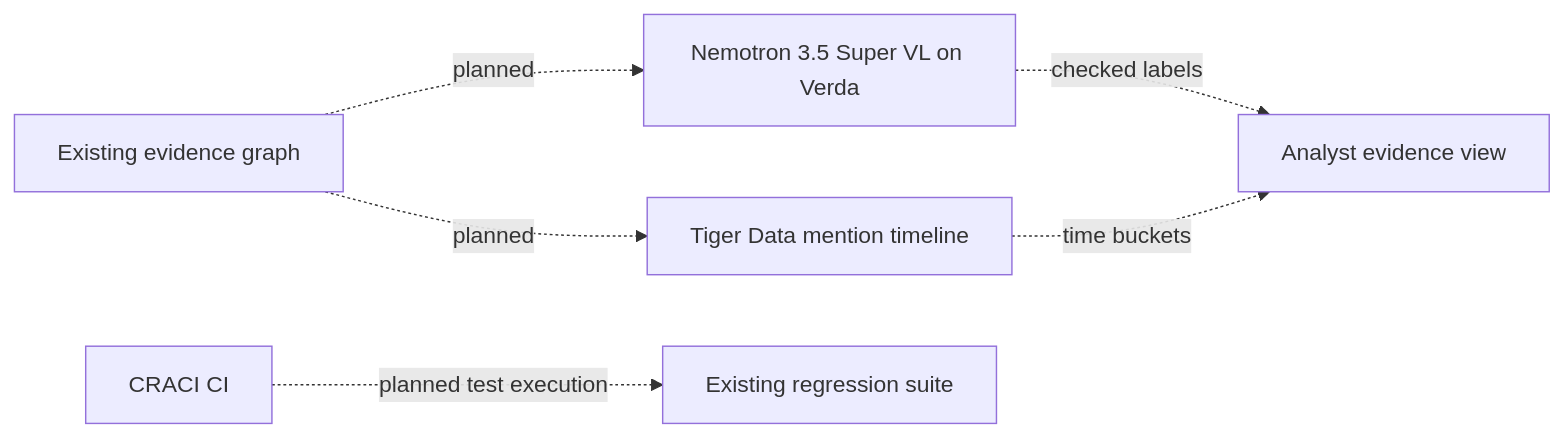
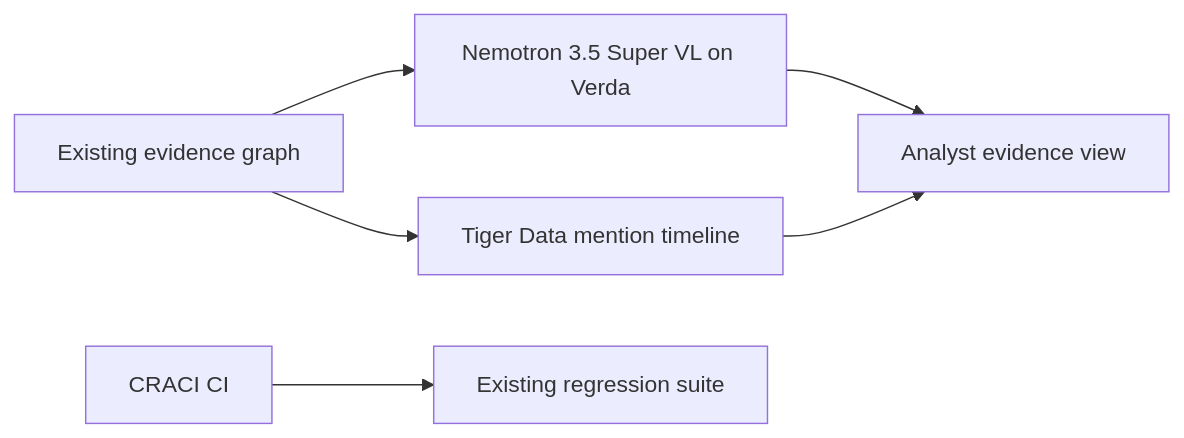
One commit to 13shreyansh/fact-weight changed the second of 2 diagrams in README.md. Above: the diagram before and after it, drawn with Mermaid. The commit also changed other lines of this file and 7 other files, not shown here.

````diff
--- a/README.md
+++ b/README.md
@@ -83,8 +83,8 @@
 ```mermaid
 flowchart LR
-    E[Existing evidence graph] -. planned .-> N[Nemotron 3.5 Super VL on Verda]
-    N -. checked labels .-> V[Analyst evidence view]
-    E -. planned .-> T[Tiger Data mention timeline]
-    T -. time buckets .-> V
-    C[CRACI CI] -. planned test execution .-> Q[Existing regression suite]
+    E[Existing evidence graph] --> N[Nemotron 3.5 Super VL on Verda]
+    N --> V[Analyst evidence view]
+    E --> T[Tiger Data mention timeline]
+    T --> V
+    C[CRACI CI] --> Q[Existing regression suite]
 ```
````
